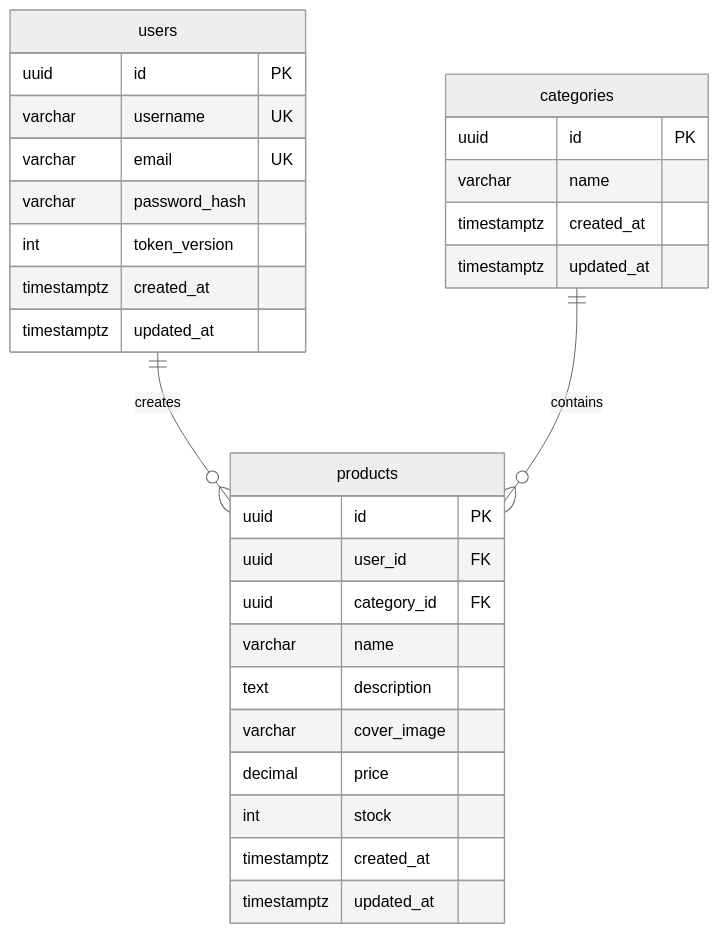
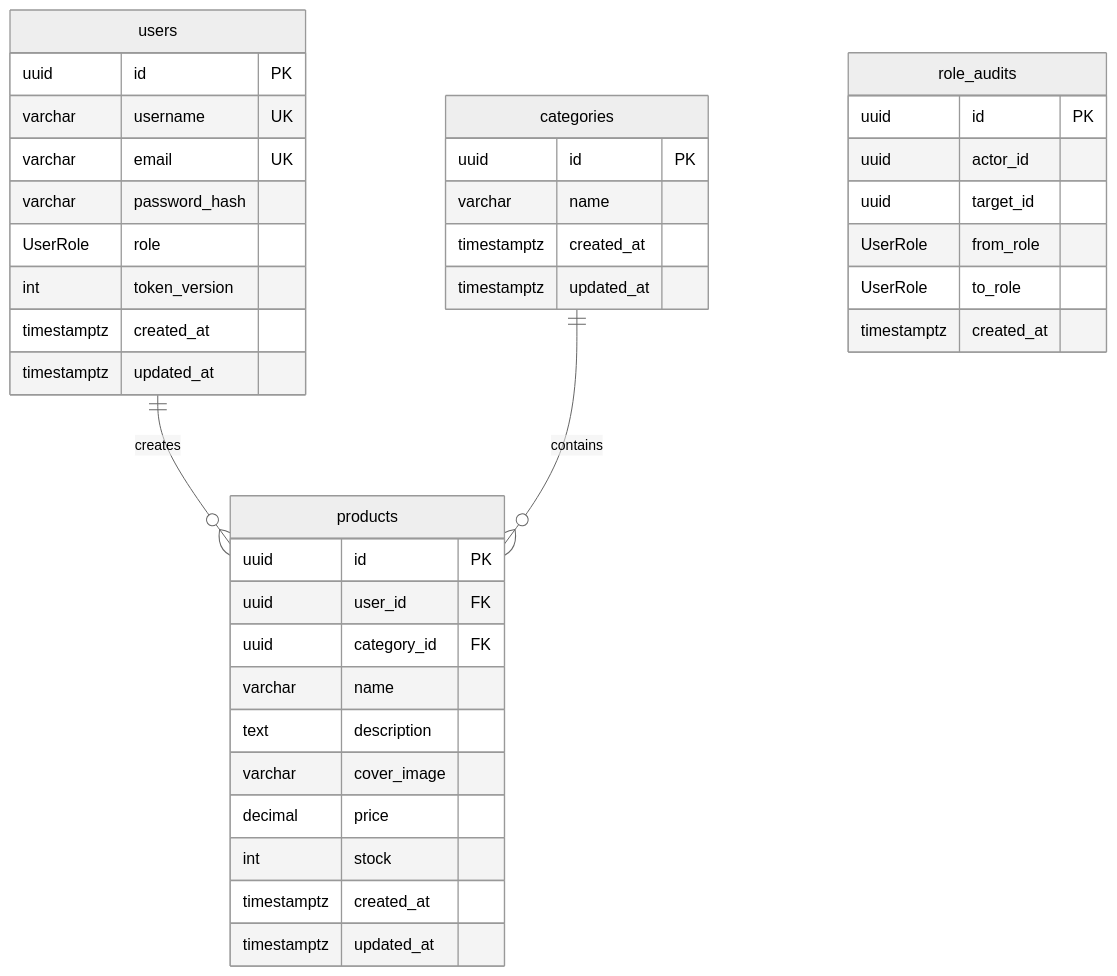
Before and after one commit to py678/ecommerce-product-system: the diagram in docs/database.md, drawn with Mermaid (neutral theme). The commit also changed other lines of this file and 56 other files, not shown here.

````diff
--- a/docs/database.md
+++ b/docs/database.md
@@ -5,32 +5,41 @@
 ```mermaid
 erDiagram
   users ||--o{ products : creates
   categories ||--o{ products : contains
   users {
     uuid id PK
     varchar username UK
     varchar email UK
     varchar password_hash
+    UserRole role
     int token_version
     timestamptz created_at
     timestamptz updated_at
+  }
+  role_audits {
+    uuid id PK
+    uuid actor_id
+    uuid target_id
+    UserRole from_role
+    UserRole to_role
+    timestamptz created_at
   }
   categories {
     uuid id PK
     varchar name
     timestamptz created_at
     timestamptz updated_at
   }
   products {
     uuid id PK
     uuid user_id FK
     uuid category_id FK
     varchar name
     text description
     varchar cover_image
     decimal price
     int stock
     timestamptz created_at
     timestamptz updated_at
   }
 ```
````
